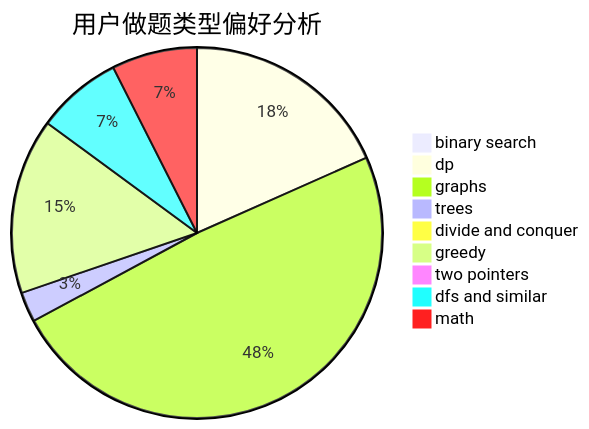
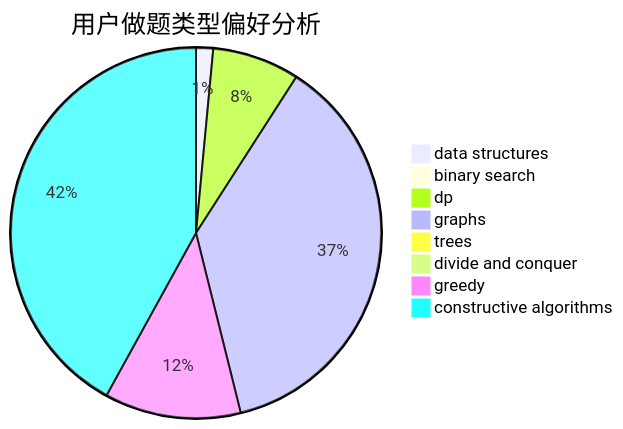
Before and after one commit to sherpahu/cfrs.github.io: the second of 3 diagrams in docs/user/u1505.md, drawn with Mermaid. The commit also changed other lines of this file and 2775 other files, not shown here.

````diff
--- a/docs/user/u1505.md
+++ b/docs/user/u1505.md
@@ -23,12 +23,11 @@
 ```mermaid
 pie title 用户做题类型偏好分析
+    "data structures" :  9
     "binary search" :  1
-    "dp" :  91
-    "graphs" :  242
-    "trees" :  13
+    "dp" :  46
+    "graphs" :  224
+    "trees" :  6
     "divide and conquer" :  0
-    "greedy" :  76
-    "two pointers" :  2
-    "dfs and similar" :  37
-    "math" :  37
+    "greedy" :  72
+    "constructive algorithms" :  254
 ```
````
